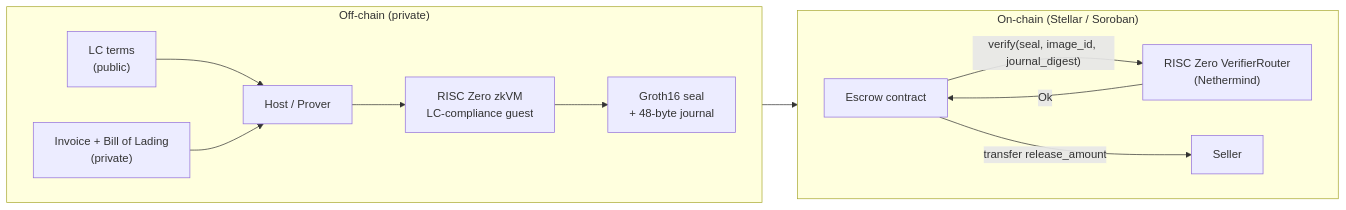
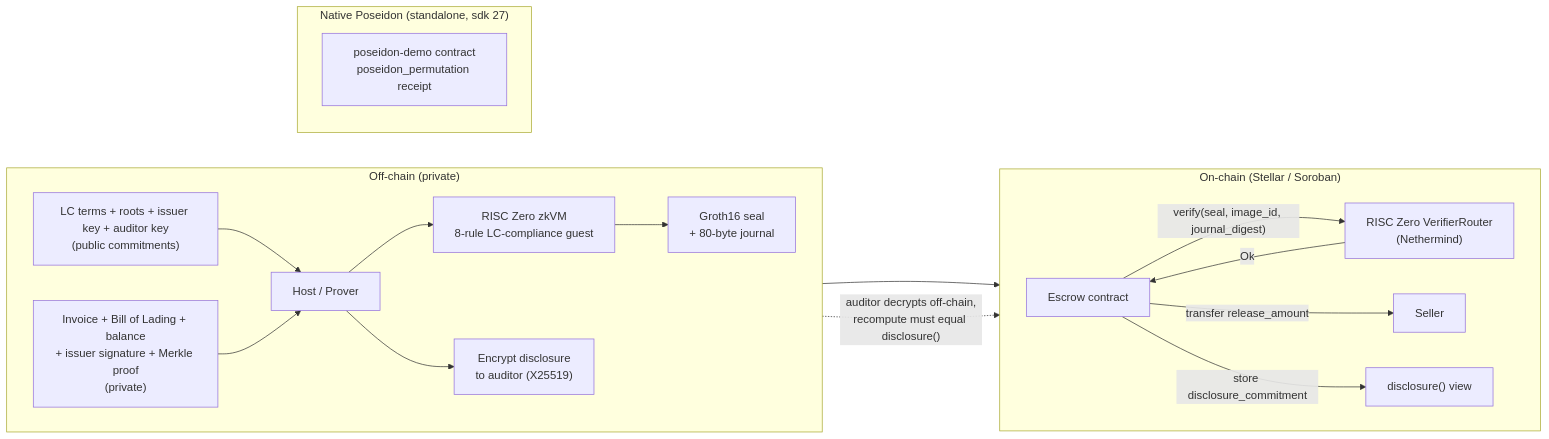
The first of 2 diagrams in README.md (FlemingJohn/bill-of-zero), drawn with Mermaid before and after one commit. The commit also changed other lines of this file, not shown here.

Commit message:
docs: update README for 8 rules, Merkle/range/issuer-sig/view-key, and Poseidon demo

````diff
--- a/README.md
+++ b/README.md
@@ -43,26 +48,35 @@
 ```mermaid
 flowchart LR
     subgraph OFF["Off-chain (private)"]
         direction LR
-        TERMS["LC terms<br/>(public)"]
-        DOCS["Invoice + Bill of Lading<br/>(private)"]
+        TERMS["LC terms + roots + issuer key + auditor key<br/>(public commitments)"]
+        DOCS["Invoice + Bill of Lading + balance<br/>+ issuer signature + Merkle proof<br/>(private)"]
         HOST["Host / Prover"]
-        GUEST["RISC Zero zkVM<br/>LC-compliance guest"]
+        GUEST["RISC Zero zkVM<br/>8-rule LC-compliance guest"]
+        AUD["Encrypt disclosure<br/>to auditor (X25519)"]
         TERMS --> HOST
         DOCS --> HOST
         HOST --> GUEST
-        GUEST --> PROOF["Groth16 seal<br/>+ 48-byte journal"]
+        HOST --> AUD
+        GUEST --> PROOF["Groth16 seal<br/>+ 80-byte journal"]
     end
 
     PROOF --> ESCROW
 
     subgraph ON["On-chain (Stellar / Soroban)"]
         direction LR
         ESCROW["Escrow contract"]
         ROUTER["RISC Zero VerifierRouter<br/>(Nethermind)"]
         SELLER["Seller"]
         ESCROW -- "verify(seal, image_id, journal_digest)" --> ROUTER
         ROUTER -- "Ok" --> ESCROW
         ESCROW -- "transfer release_amount" --> SELLER
+        ESCROW -- "store disclosure_commitment" --> DISC["disclosure() view"]
+    end
+
+    AUD -. "auditor decrypts off-chain,<br/>recompute must equal disclosure()" .-> DISC
+
+    subgraph SIDE["Native Poseidon (standalone, sdk 27)"]
+        POS["poseidon-demo contract<br/>poseidon_permutation receipt"]
     end
 ```
````
